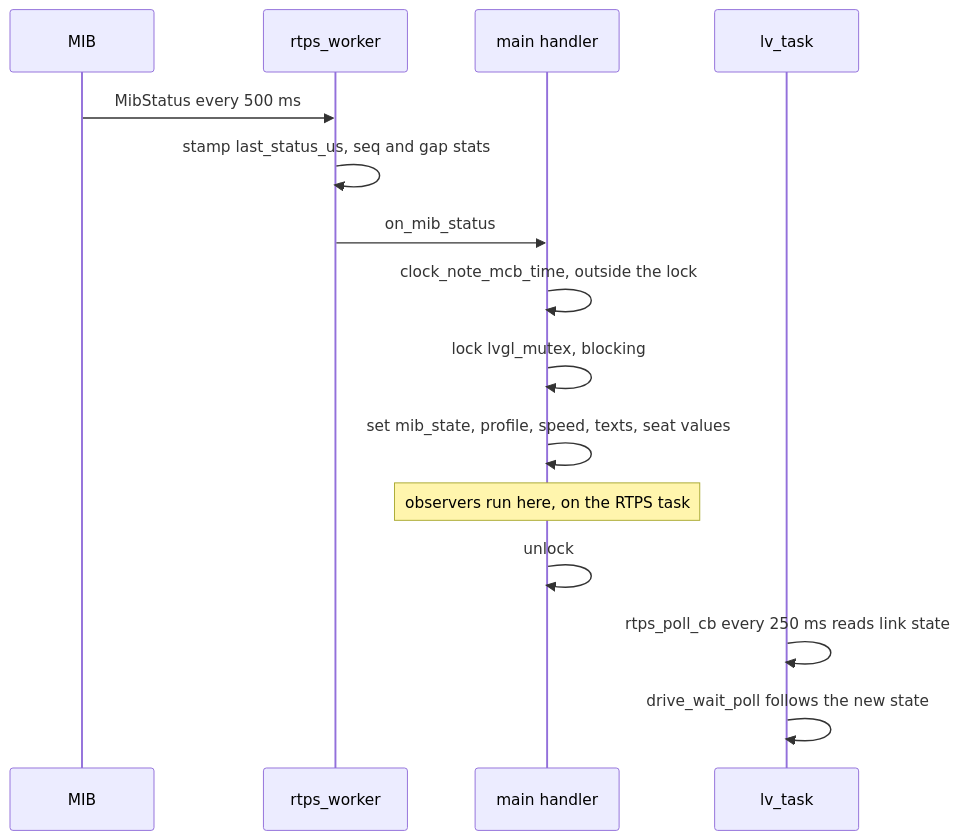
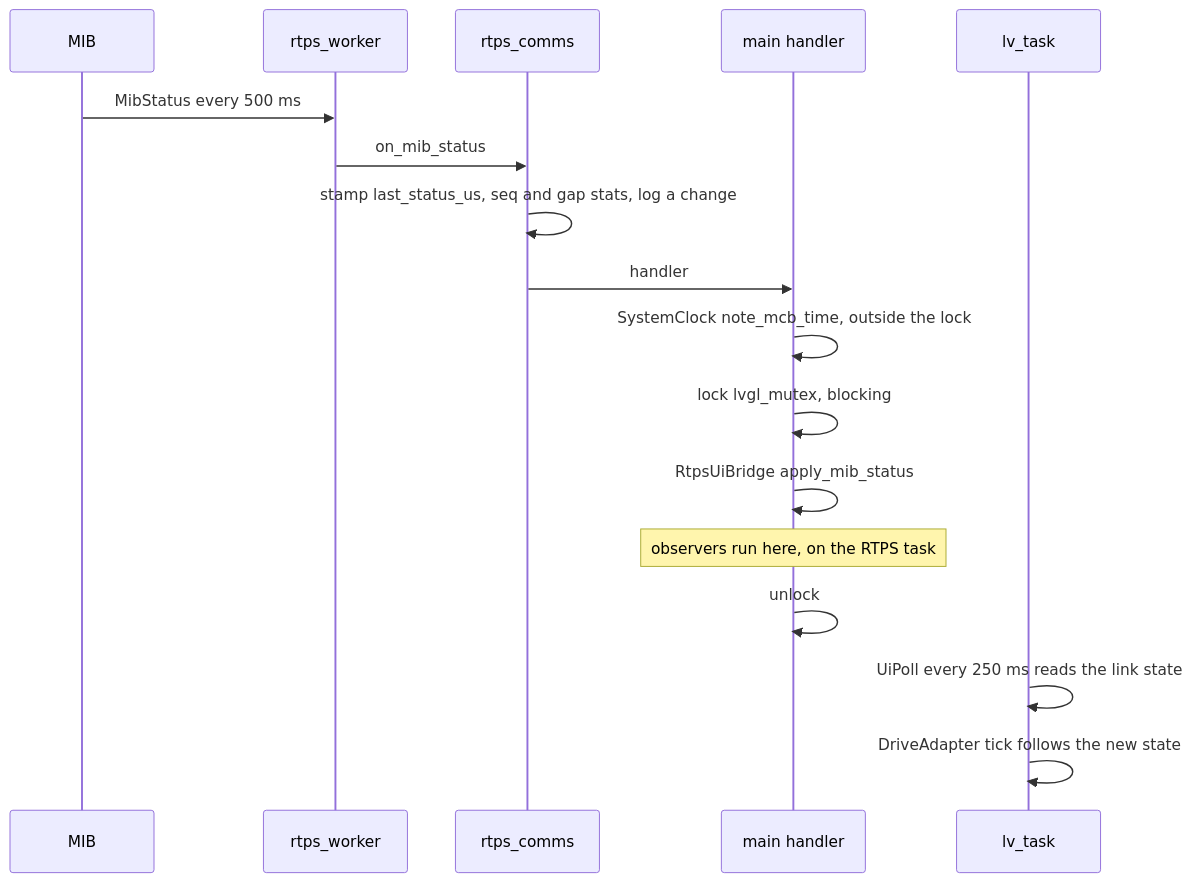
One commit to rammp-org/pace-hmi-fw changed the eighth of 8 diagrams in docs/how-the-firmware-works.md. Above: the diagram before and after it, drawn with Mermaid. The commit also changed other lines of this file, not shown here.

````diff
--- a/docs/how-the-firmware-works.md
+++ b/docs/how-the-firmware-works.md
@@ -619,17 +815,19 @@
 ```mermaid
 sequenceDiagram
   participant MIB
   participant W as rtps_worker
+  participant R as rtps_comms
   participant M as main handler
   participant L as lv_task
   MIB->>W: MibStatus every 500 ms
-  W->>W: stamp last_status_us, seq and gap stats
-  W->>M: on_mib_status
-  M->>M: clock_note_mcb_time, outside the lock
+  W->>R: on_mib_status
+  R->>R: stamp last_status_us, seq and gap stats, log a change
+  R->>M: handler
+  M->>M: SystemClock note_mcb_time, outside the lock
   M->>M: lock lvgl_mutex, blocking
-  M->>M: set mib_state, profile, speed, texts, seat values
+  M->>M: RtpsUiBridge apply_mib_status
   Note over M: observers run here, on the RTPS task
   M->>M: unlock
-  L->>L: rtps_poll_cb every 250 ms reads link state
-  L->>L: drive_wait_poll follows the new state
+  L->>L: UiPoll every 250 ms reads the link state
+  L->>L: DriveAdapter tick follows the new state
 ```
````
